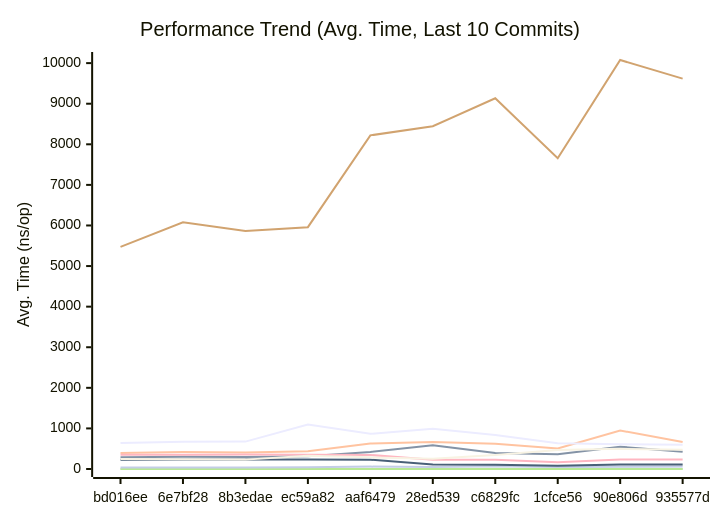
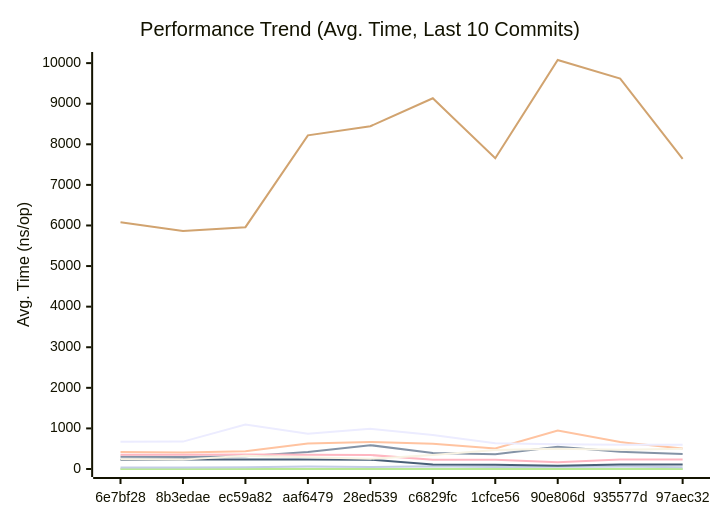
One commit to alsotoes/momo changed the first of 3 diagrams in docs/PERFORMANCE.md. Above: the diagram before and after it, drawn with Mermaid. The commit also changed other lines of this file and 2 other files, not shown here.

````diff
--- a/docs/PERFORMANCE.md
+++ b/docs/PERFORMANCE.md
@@ -128,18 +128,18 @@
 ```mermaid
 xychart-beta
     title "Performance Trend (Avg. Time, Last 10 Commits)"
     x-axis "Commit"
     y-axis "Avg. Time (ns/op)"
-    x-axis [bd016ee,6e7bf28,8b3edae,ec59a82,aaf6479,28ed539,c6829fc,1cfce56,90e806d,935577d]
-    line "CheckMetricsAndSwap" [8,8,8,10,11,9,9,8,11,10]
-    line "CrushOptimized" [289,304,293,317,420,587,396,363,549,426]
-    line "CrushOriginal" [396,419,409,436,627,667,620,506,949,663]
-    line "IndexDirectTracking" [0,0,0,0,1,0,0,0,0,0]
-    line "IndexSearch" [2,2,2,2,3,2,2,2,2,2]
-    line "LoadGlobalConfig" [5474,6080,5863,5958,8220,8445,9134,7656,10077,9618]
-    line "PadString" [36,39,39,41,59,49,67,48,56,64]
+    x-axis [6e7bf28,8b3edae,ec59a82,aaf6479,28ed539,c6829fc,1cfce56,90e806d,935577d,97aec32]
+    line "CheckMetricsAndSwap" [8,8,10,11,9,9,8,11,10,9]
+    line "CrushOptimized" [304,293,317,420,587,396,363,549,426,370]
+    line "CrushOriginal" [419,409,436,627,667,620,506,949,663,507]
+    line "IndexDirectTracking" [0,0,0,1,0,0,0,0,0,0]
+    line "IndexSearch" [2,2,2,3,2,2,2,2,2,2]
+    line "LoadGlobalConfig" [6080,5863,5958,8220,8445,9134,7656,10077,9618,7642]
+    line "PadString" [39,39,41,59,49,67,48,56,64,43]
     line "ParseReplicationOrder_NoPrealloc" [350,349,357,354,345,225,229,165,232,234]
     line "ParseReplicationOrder_Prealloc" [229,231,237,234,229,108,107,80,110,109]
-    line "SanitizeLog/Safe" [245,238,231,326,287,252,342,470,497,475]
-    line "SanitizeLog/Unsafe" [640,671,675,1095,866,989,838,634,610,596]
+    line "SanitizeLog/Safe" [238,231,326,287,252,342,470,497,475,497]
+    line "SanitizeLog/Unsafe" [671,675,1095,866,989,838,634,610,596,597]
 ```
````
